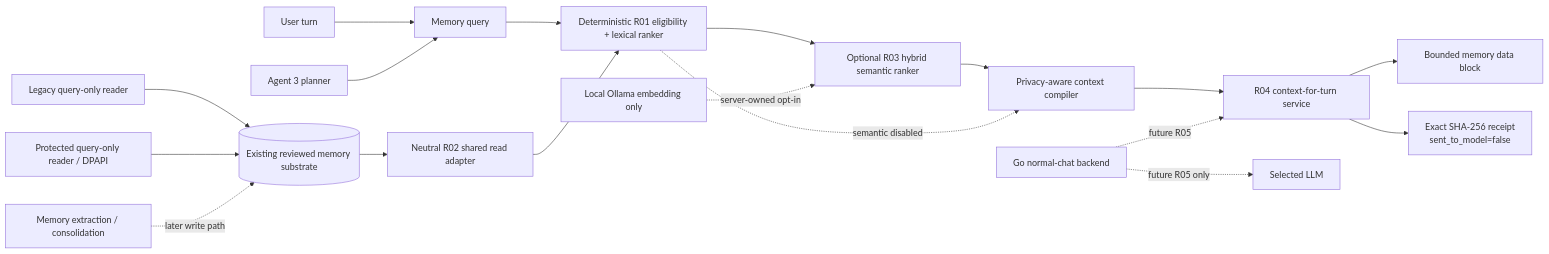
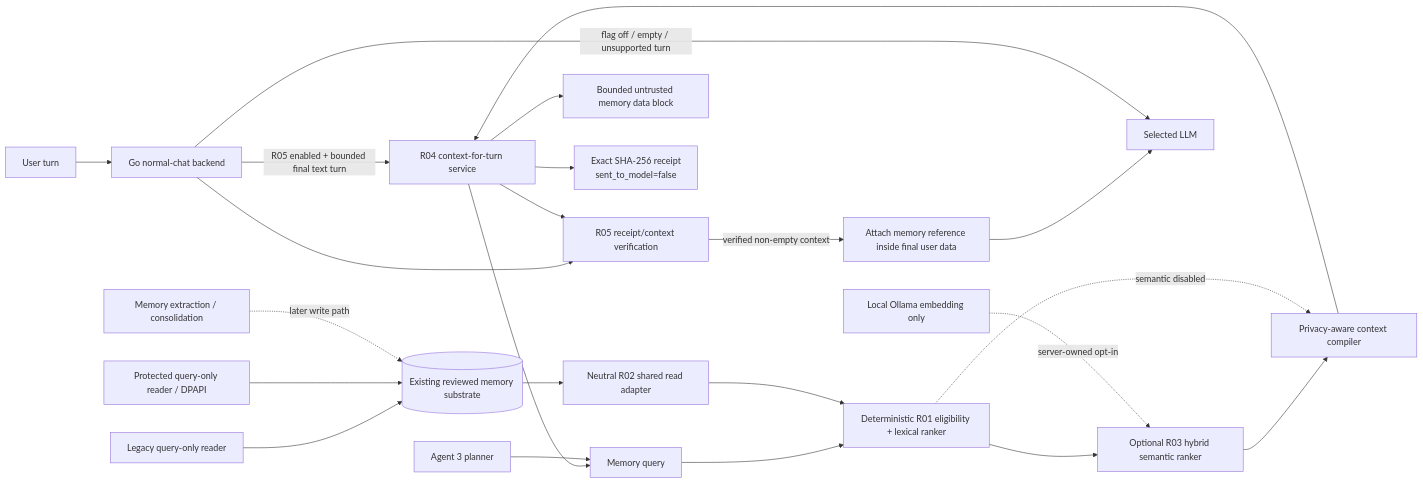
One commit to Ternedal/ModelRig changed the diagram in docs/memory/MEMORY_4.md. Above: the diagram before and after it, drawn with Mermaid. The commit also changed other lines of this file and 4 other files, not shown here.

Commit message:
feat(memory): integrate verified memory into normal chat (M4-R05)

````diff
--- a/docs/memory/MEMORY_4.md
+++ b/docs/memory/MEMORY_4.md
@@ -31,23 +33,26 @@
 ```mermaid
 flowchart LR
-    U[User turn] --> Q[Memory query]
+    U[User turn] --> GO[Go normal-chat backend]
+    GO -->|R05 enabled + bounded final text turn| R04[R04 context-for-turn service]
+    R04 --> Q[Memory query]
     Q --> R[Deterministic R01 eligibility + lexical ranker]
     S[(Existing reviewed memory substrate)] --> A[Neutral R02 shared read adapter]
     A --> R
     R --> H[Optional R03 hybrid semantic ranker]
     O[Local Ollama embedding only] -. server-owned opt-in .-> H
     H --> C[Privacy-aware context compiler]
     R -. semantic disabled .-> C
-    C --> R04[R04 context-for-turn service]
-    R04 --> B[Bounded memory data block]
+    C --> R04
+    R04 --> B[Bounded untrusted memory data block]
     R04 --> RCPT[Exact SHA-256 receipt\nsent_to_model=false]
+    GO --> V[R05 receipt/context verification]
+    R04 --> V
+    V -->|verified non-empty context| I[Attach memory reference inside final user data]
+    I --> L[Selected LLM]
+    GO -->|flag off / empty / unsupported turn| L
 
     LEG[Legacy query-only reader] --> S
     PROT[Protected query-only reader / DPAPI] --> S
-
     A3[Agent 3 planner] --> Q
-    GO[Go normal-chat backend] -. future R05 .-> R04
-    GO -. future R05 only .-> L[Selected LLM]
-
     X[Memory extraction / consolidation] -. later write path .-> S
 ```
````
